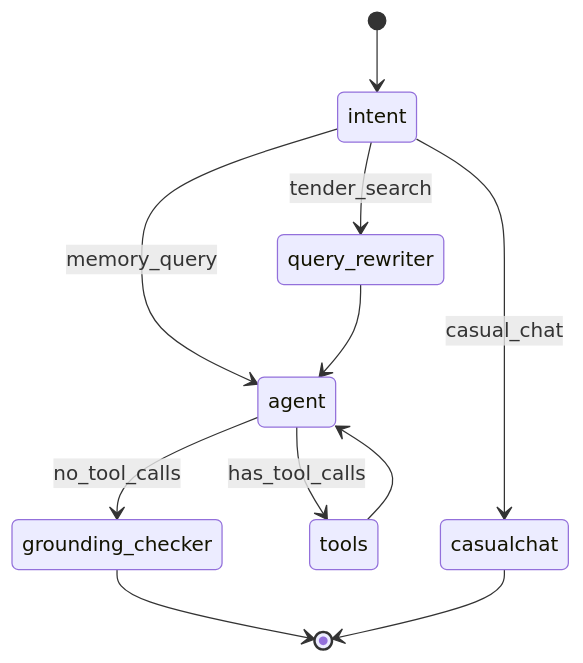
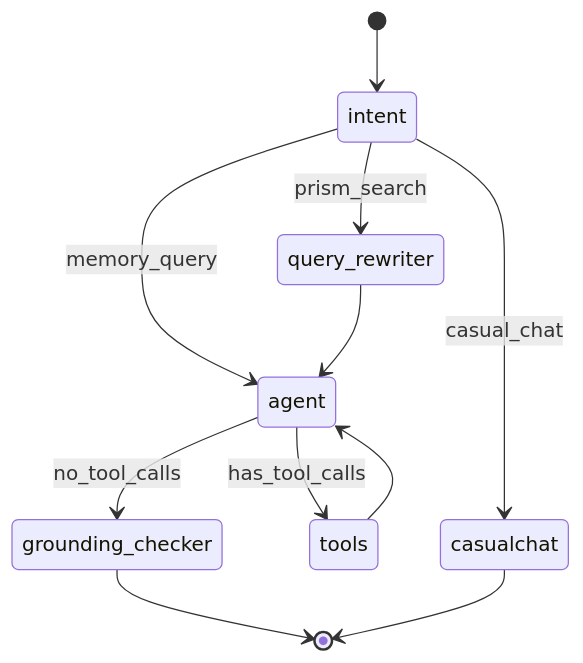
One commit to i-mouse/prism changed the second of 5 diagrams in docs/AI_HANDOFF.md. Above: the diagram before and after it, drawn with Mermaid. The commit also changed other lines of this file and 117 other files, not shown here.

Commit message:
TenderAI - Prism

````diff
--- a/docs/AI_HANDOFF.md
+++ b/docs/AI_HANDOFF.md
@@ -102,13 +102,13 @@
 ```mermaid
 stateDiagram-v2
     [*] --> intent
     intent --> casualchat: casual_chat
     intent --> agent: memory_query
-    intent --> query_rewriter: tender_search
+    intent --> query_rewriter: prism_search
     query_rewriter --> agent
     agent --> tools: has_tool_calls
     tools --> agent
     agent --> grounding_checker: no_tool_calls
     grounding_checker --> [*]
     casualchat --> [*]
 ```
````
